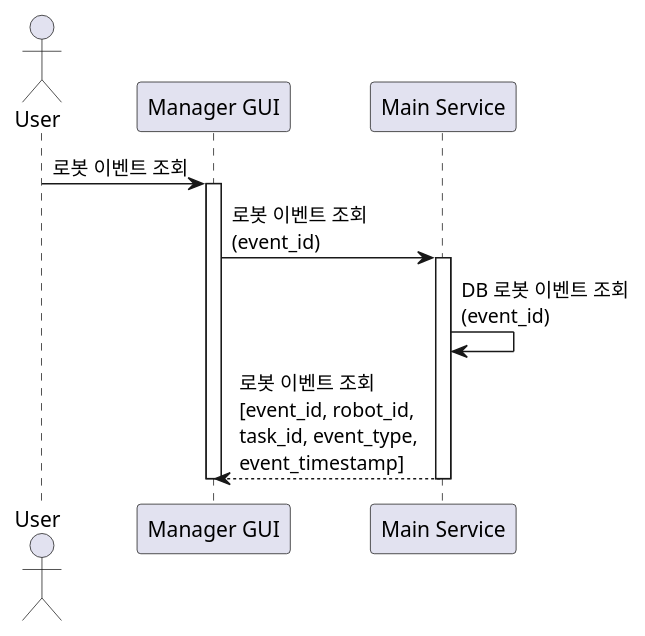
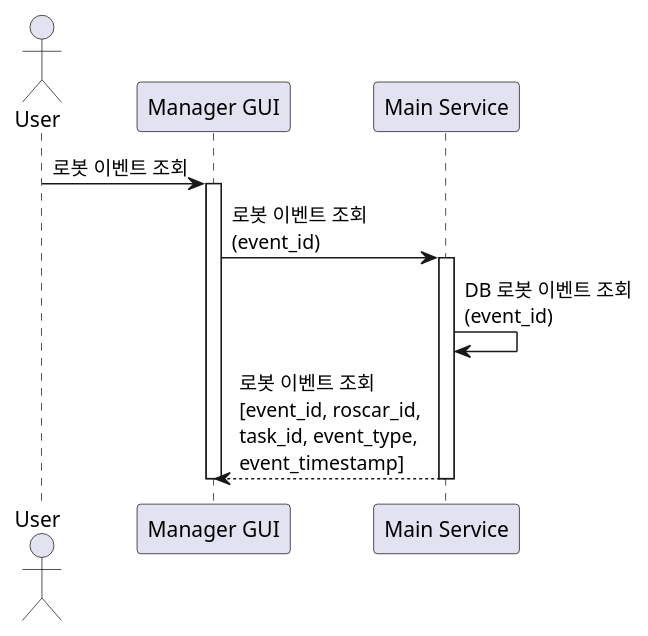
One commit to addinedu-ros-8th/ros-repo-3 changed the seventh of 24 diagrams in docs/sequence_diagram v1-component.md. Above: the diagram before and after it, drawn with PlantUML. The commit also changed other lines of this file and 108 other files, not shown here.

Commit message:
Fix build and Rename robot to roscar

````diff
--- a/docs/sequence_diagram v1-component.md
+++ b/docs/sequence_diagram v1-component.md
@@ -275,17 +275,17 @@
 ```plantuml
 @startuml
 actor User
 participant "Manager GUI" as Manager
 participant "Main Service" as Main
 
 User -> Manager : 로봇 이벤트 조회
 activate Manager
 
 Manager -> Main : 로봇 이벤트 조회\n(event_id)
 activate Main
 Main -> Main : DB 로봇 이벤트 조회\n(event_id)
-Main --> Manager : 로봇 이벤트 조회\n[event_id, robot_id,\ntask_id, event_type,\nevent_timestamp]
+Main --> Manager : 로봇 이벤트 조회\n[event_id, roscar_id,\ntask_id, event_type,\nevent_timestamp]
 deactivate Main
 deactivate Manager
 @endum
 ```
````
